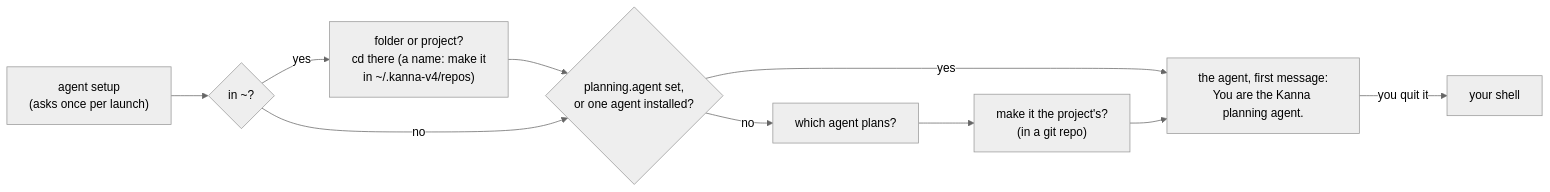
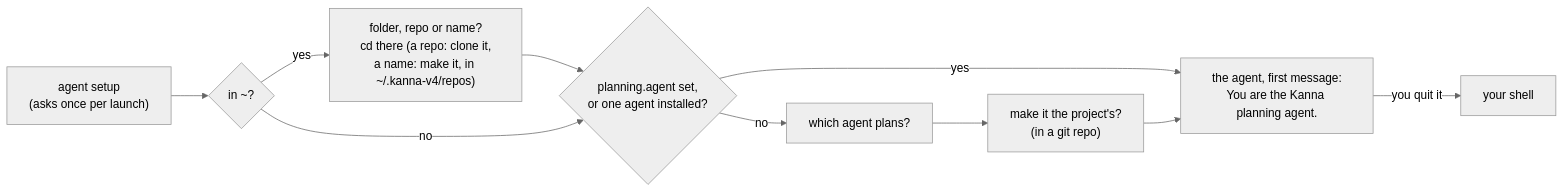
Before and after one commit to jemdiggity/kanna-v4: the diagram in docs/specs/new-desk.md, drawn with Mermaid (neutral theme). The commit also changed other lines of this file and 4 other files, not shown here.

Commit message:
New Desk in ~ also takes a repo to clone: a git URL, or owner/repo with gh, cloned into ~/.kanna-v4/repos (opened if it's there); mockup and screenshots

````diff
--- a/docs/specs/new-desk.md
+++ b/docs/specs/new-desk.md
@@ -42,9 +44,9 @@
 ```mermaid
 flowchart LR
     S["agent setup<br/>(asks once per launch)"] --> W{"in ~?"}
-    W -->|"yes"| J["folder or project?<br/>cd there (a name: make it<br/>in ~/.kanna-v4/repos)"] --> P
+    W -->|"yes"| J["folder, repo or name?<br/>cd there (a repo: clone it,<br/>a name: make it, in ~/.kanna-v4/repos)"] --> P
     W -->|"no"| P{"planning.agent set,<br/>or one agent installed?"}
     P -->|"yes"| A["the agent, first message:<br/>You are the Kanna planning agent."]
     P -->|"no"| Q["which agent plans?"] --> O["make it the project's?<br/>(in a git repo)"] --> A
     A -->|"you quit it"| SH["your shell"]
 ```
````
